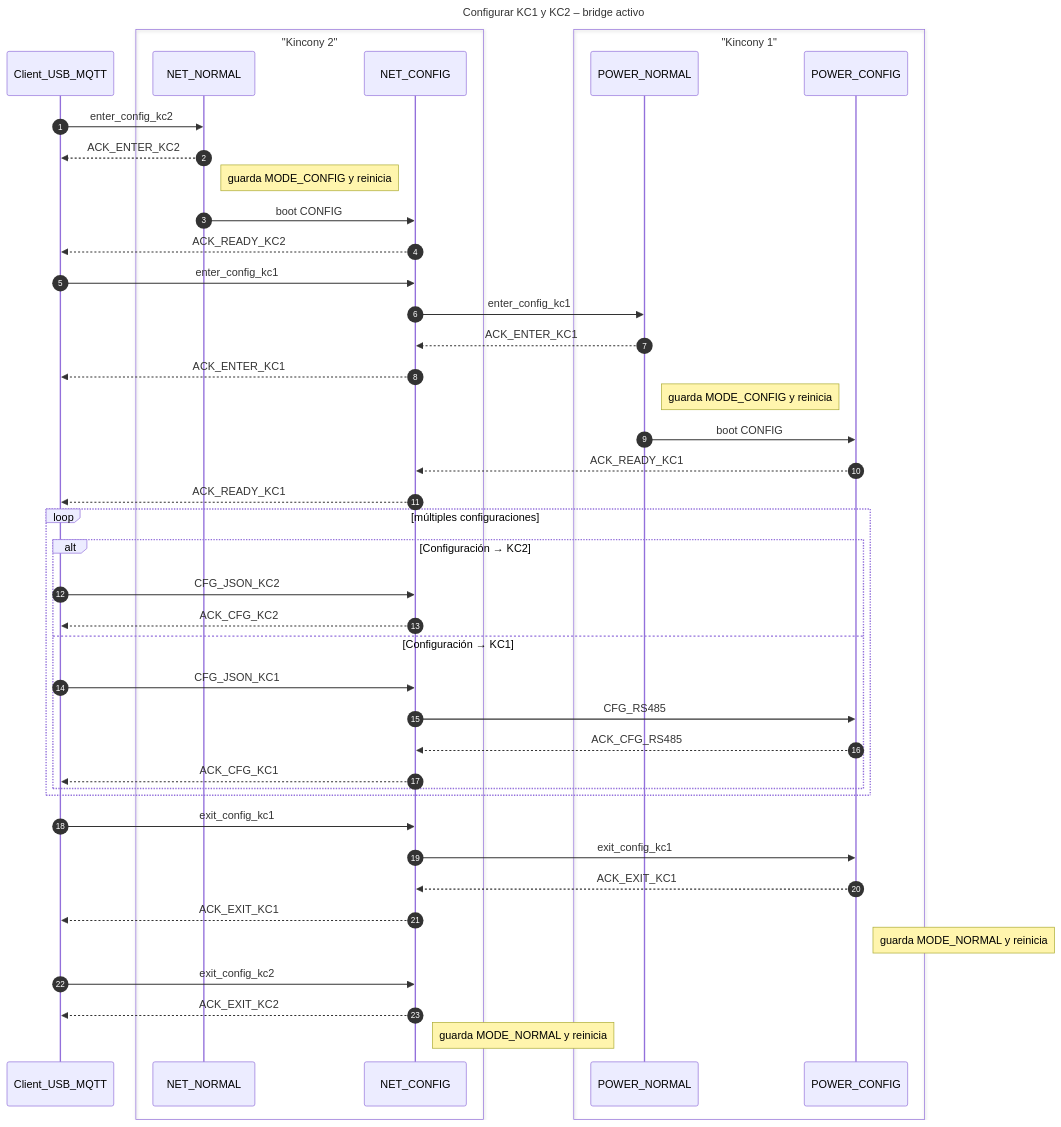
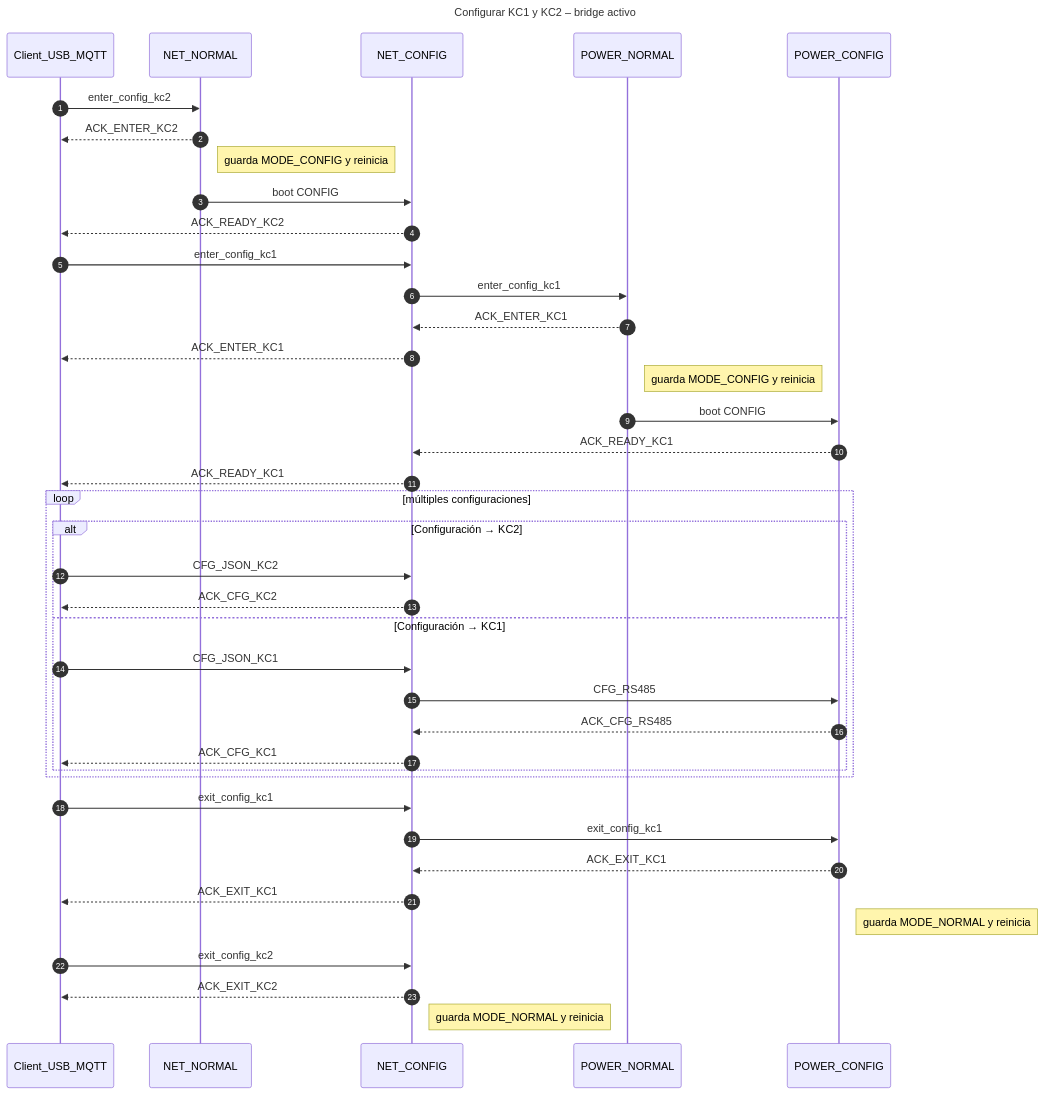
One commit to olivarescroc/mermaid_test changed the diagram in README.md. Above: the diagram before and after it, drawn with Mermaid.

````diff
--- a/README.md
+++ b/README.md
@@ -1,71 +1,58 @@
 ```mermaid
 
 sequenceDiagram
     title Configurar KC1 y KC2 – bridge activo
     autonumber
-    participant C as Client_USB_MQTT
 
-    box "Kincony 2"
-        participant KC2N as NET_NORMAL
-        participant KC2C as NET_CONFIG
-    end
-
-    box "Kincony 1"
-        participant KC1N as POWER_NORMAL
-        participant KC1C as POWER_CONFIG
-    end
-
+    %% Participantes
+    participant C     as Client_USB_MQTT
+    participant KC2N  as NET_NORMAL
+    participant KC2C  as NET_CONFIG
+    participant KC1N  as POWER_NORMAL
+    participant KC1C  as POWER_CONFIG
 
     %% A – KC2 pasa a modo configuración (puente)
     C  ->> KC2N : enter_config_kc2
     KC2N -->> C : ACK_ENTER_KC2
     Note right of KC2N: guarda MODE_CONFIG y reinicia
     KC2N ->> KC2C : boot CONFIG
     KC2C -->> C  : ACK_READY_KC2
-
 
     %% B – KC1 pasa a modo configuración, vía puente
     C  ->> KC2C : enter_config_kc1
     KC2C ->> KC1N : enter_config_kc1
     KC1N -->> KC2C : ACK_ENTER_KC1
     KC2C -->> C   : ACK_ENTER_KC1
     Note right of KC1N: guarda MODE_CONFIG y reinicia
     KC1N ->> KC1C : boot CONFIG
     KC1C -->> KC2C : ACK_READY_KC1
     KC2C -->> C    : ACK_READY_KC1
-
 
     %% C – Envío de configuraciones (alternar destino)
     loop múltiples configuraciones
         alt Configuración → KC2
             C  ->> KC2C : CFG_JSON_KC2
             KC2C -->> C : ACK_CFG_KC2
         else Configuración → KC1
             C  ->> KC2C : CFG_JSON_KC1
             KC2C ->> KC1C : CFG_RS485
             KC1C -->> KC2C : ACK_CFG_RS485
             KC2C -->> C   : ACK_CFG_KC1
         end
     end
 
-
     %% D – Salir de configuración en KC1
     C  ->> KC2C : exit_config_kc1
     KC2C ->> KC1C : exit_config_kc1
     KC1C -->> KC2C : ACK_EXIT_KC1
     KC2C -->> C    : ACK_EXIT_KC1
     Note right of KC1C: guarda MODE_NORMAL y reinicia
-
 
     %% E – Salir de configuración en KC2
     C  ->> KC2C : exit_config_kc2
     KC2C -->> C : ACK_EXIT_KC2
     Note right of KC2C: guarda MODE_NORMAL y reinicia
 
 
 
-
-
-
-
 ```
````
